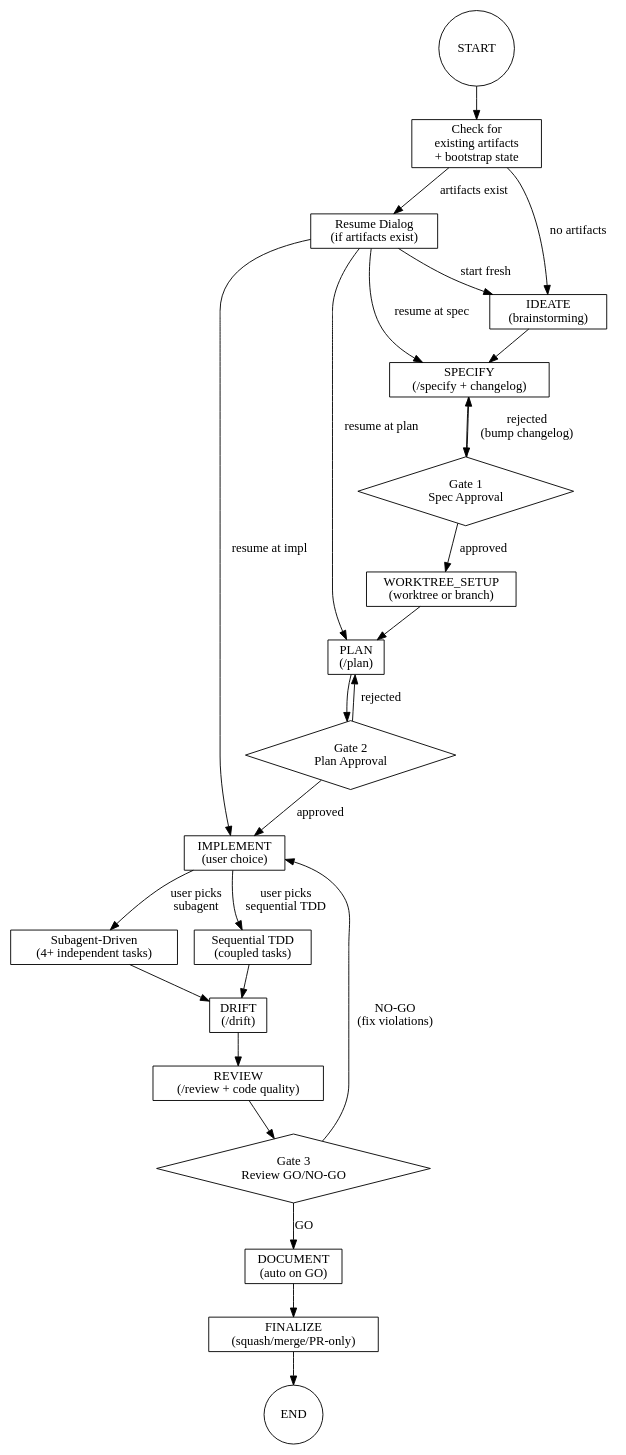
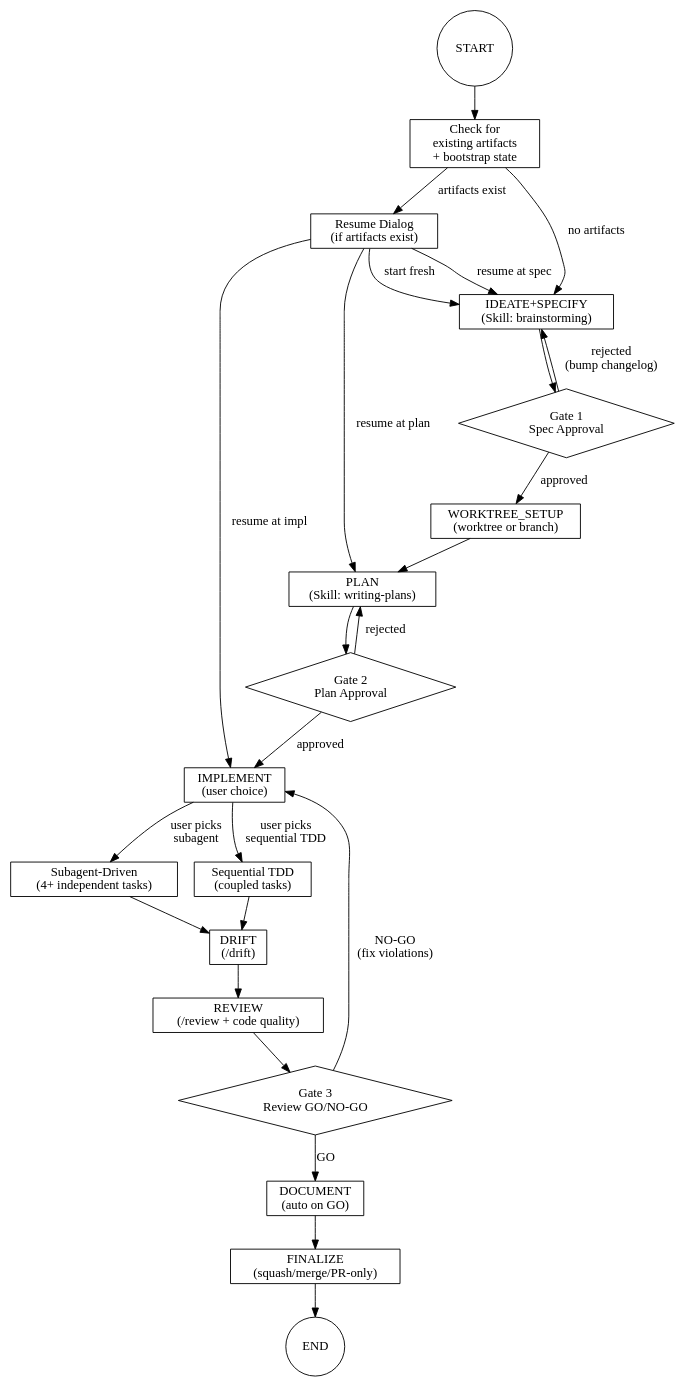
One commit to mareurs/claude-plugins changed the diagram in sdd/skills/sdd-flow/SKILL.md. Above: the diagram before and after it, drawn with Graphviz.

Commit message:
fix(sdd-flow): remove SPECIFY node from state machine, merge into IDEATE

````diff
--- a/sdd/skills/sdd-flow/SKILL.md
+++ b/sdd/skills/sdd-flow/SKILL.md
@@ -30,51 +30,49 @@
 ```dot
 digraph sdd_flow {
     rankdir=TB;
     node [shape=box];
 
     START [shape=circle, label="START"];
     RESUME_CHECK [label="Check for\nexisting artifacts\n+ bootstrap state"];
     RESUME_DIALOG [label="Resume Dialog\n(if artifacts exist)"];
-    IDEATE [label="IDEATE\n(brainstorming)"];
-    SPECIFY [label="SPECIFY\n(/specify + changelog)"];
+    IDEATE [label="IDEATE+SPECIFY\n(Skill: brainstorming)"];
     GATE1 [shape=diamond, label="Gate 1\nSpec Approval"];
     WORKTREE_SETUP [label="WORKTREE_SETUP\n(worktree or branch)"];
-    PLAN [label="PLAN\n(/plan)"];
+    PLAN [label="PLAN\n(Skill: writing-plans)"];
     GATE2 [shape=diamond, label="Gate 2\nPlan Approval"];
     IMPLEMENT [label="IMPLEMENT\n(user choice)"];
     IMPLEMENT_SUBAGENT [label="Subagent-Driven\n(4+ independent tasks)"];
     IMPLEMENT_TDD [label="Sequential TDD\n(coupled tasks)"];
     DRIFT [label="DRIFT\n(/drift)"];
     REVIEW [label="REVIEW\n(/review + code quality)"];
     GATE3 [shape=diamond, label="Gate 3\nReview GO/NO-GO"];
     DOCUMENT [label="DOCUMENT\n(auto on GO)"];
     FINALIZE [label="FINALIZE\n(squash/merge/PR-only)"];
     END [shape=circle, label="END"];
 
     START -> RESUME_CHECK;
     RESUME_CHECK -> RESUME_DIALOG [label="artifacts exist"];
     RESUME_CHECK -> IDEATE [label="no artifacts"];
     RESUME_DIALOG -> IDEATE [label="start fresh"];
-    RESUME_DIALOG -> SPECIFY [label="resume at spec"];
+    RESUME_DIALOG -> IDEATE [label="resume at spec"];
     RESUME_DIALOG -> PLAN [label="resume at plan"];
     RESUME_DIALOG -> IMPLEMENT [label="resume at impl"];
-    IDEATE -> SPECIFY;
-    SPECIFY -> GATE1;
+    IDEATE -> GATE1;
     GATE1 -> WORKTREE_SETUP [label="approved"];
-    GATE1 -> SPECIFY [label="rejected\n(bump changelog)"];
+    GATE1 -> IDEATE [label="rejected\n(bump changelog)"];
     WORKTREE_SETUP -> PLAN;
     PLAN -> GATE2;
     GATE2 -> IMPLEMENT [label="approved"];
     GATE2 -> PLAN [label="rejected"];
     IMPLEMENT -> IMPLEMENT_SUBAGENT [label="user picks\nsubagent"];
     IMPLEMENT -> IMPLEMENT_TDD [label="user picks\nsequential TDD"];
     IMPLEMENT_SUBAGENT -> DRIFT;
     IMPLEMENT_TDD -> DRIFT;
     DRIFT -> REVIEW;
     REVIEW -> GATE3;
     GATE3 -> DOCUMENT [label="GO"];
     GATE3 -> IMPLEMENT [label="NO-GO\n(fix violations)"];
     DOCUMENT -> FINALIZE;
     FINALIZE -> END;
 }
 ```
````
